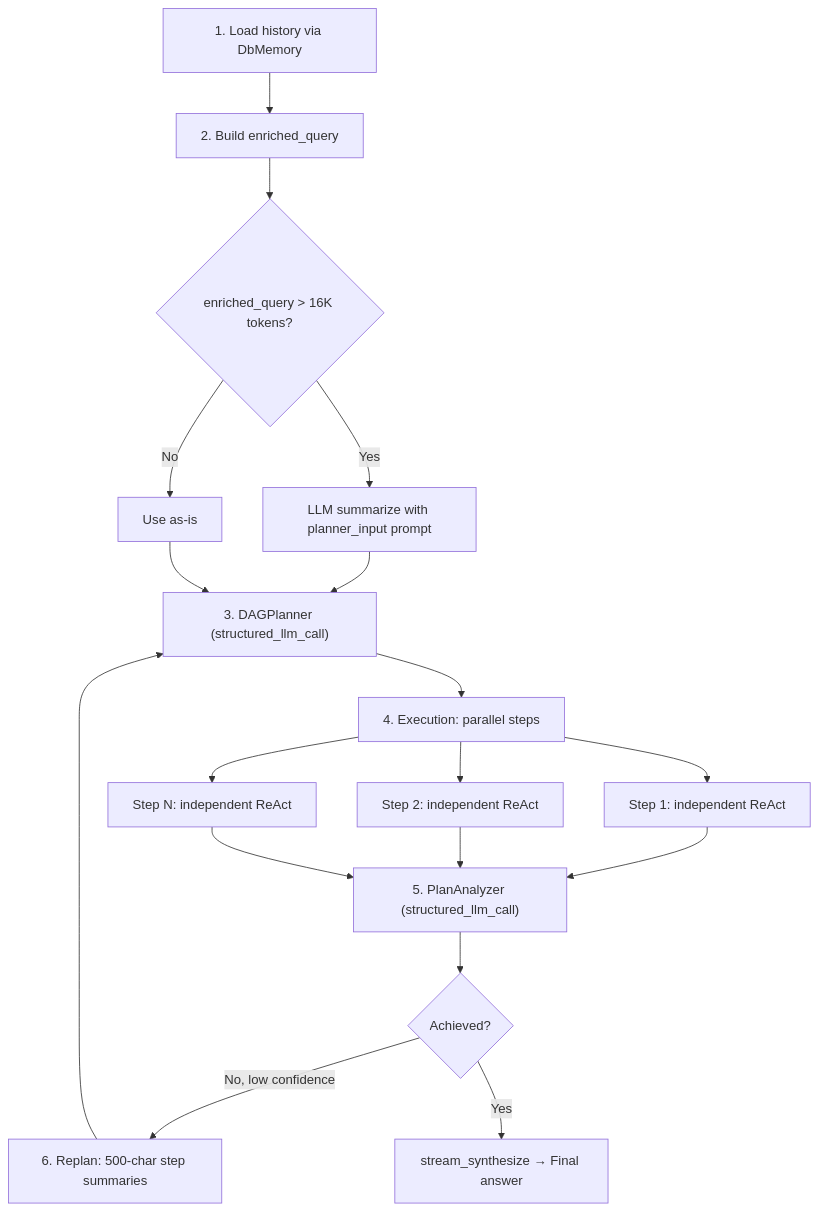
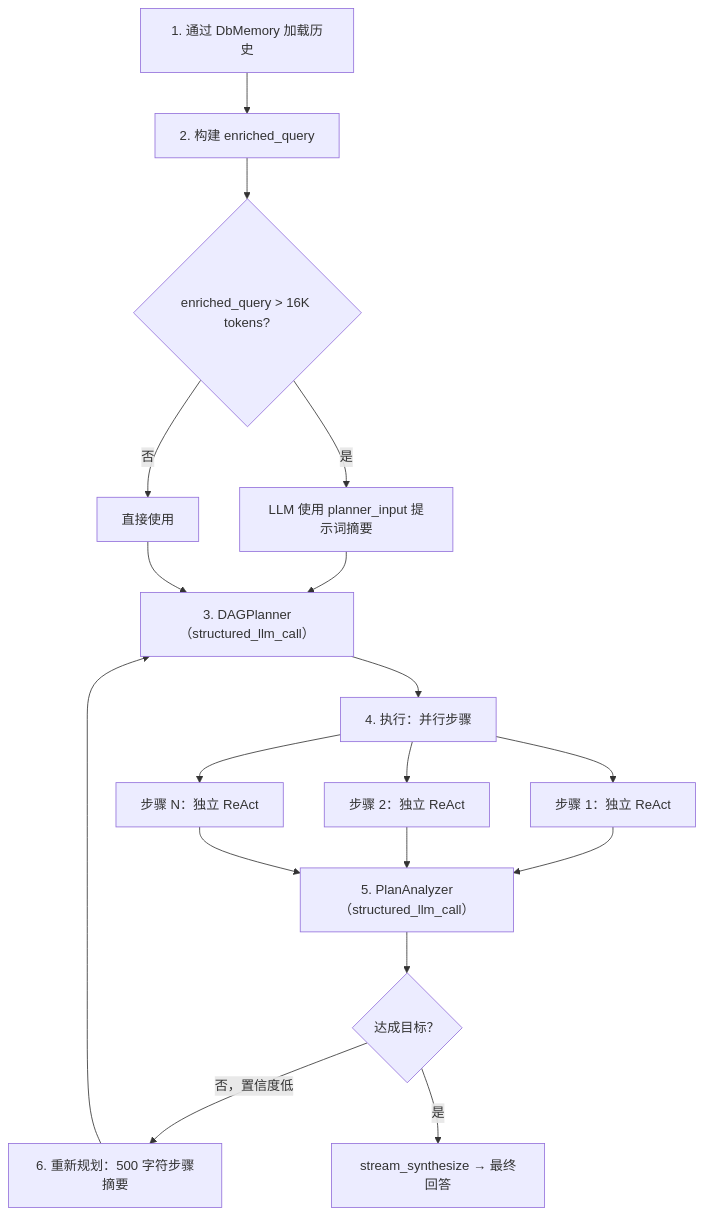
Before and after one commit to fim-ai/fim-agent: the third of 3 diagrams in docs/zh/architecture/context-management.mdx, drawn with Mermaid. The commit also changed other lines of this file, not shown here.

````diff
--- a/docs/zh/architecture/context-management.mdx
+++ b/docs/zh/architecture/context-management.mdx
@@ -181,20 +181,20 @@
 ```mermaid
 flowchart TD
-    A["1. Load history via DbMemory"] --> B["2. Build enriched_query"]
+    A["1. 通过 DbMemory 加载历史"] --> B["2. 构建 enriched_query"]
     B --> C{"enriched_query > 16K tokens?"}
-    C -->|Yes| D["LLM summarize with planner_input prompt"]
-    C -->|No| E["Use as-is"]
-    D --> F["3. DAGPlanner (structured_llm_call)"]
+    C -->|是| D["LLM 使用 planner_input 提示词摘要"]
+    C -->|否| E["直接使用"]
+    D --> F["3. DAGPlanner（structured_llm_call）"]
     E --> F
-    F --> G["4. Execution: parallel steps"]
-    G --> H["Step 1: independent ReAct"]
-    G --> I["Step 2: independent ReAct"]
-    G --> J["Step N: independent ReAct"]
-    H --> K["5. PlanAnalyzer (structured_llm_call)"]
+    F --> G["4. 执行：并行步骤"]
+    G --> H["步骤 1：独立 ReAct"]
+    G --> I["步骤 2：独立 ReAct"]
+    G --> J["步骤 N：独立 ReAct"]
+    H --> K["5. PlanAnalyzer（structured_llm_call）"]
     I --> K
     J --> K
-    K --> L{"Achieved?"}
-    L -->|No, low confidence| M["6. Replan: 500-char step summaries"]
+    K --> L{"达成目标？"}
+    L -->|否，置信度低| M["6. 重新规划：500 字符步骤摘要"]
     M --> F
-    L -->|Yes| N["stream_synthesize → Final answer"]
+    L -->|是| N["stream_synthesize → 最终回答"]
 ```
````
